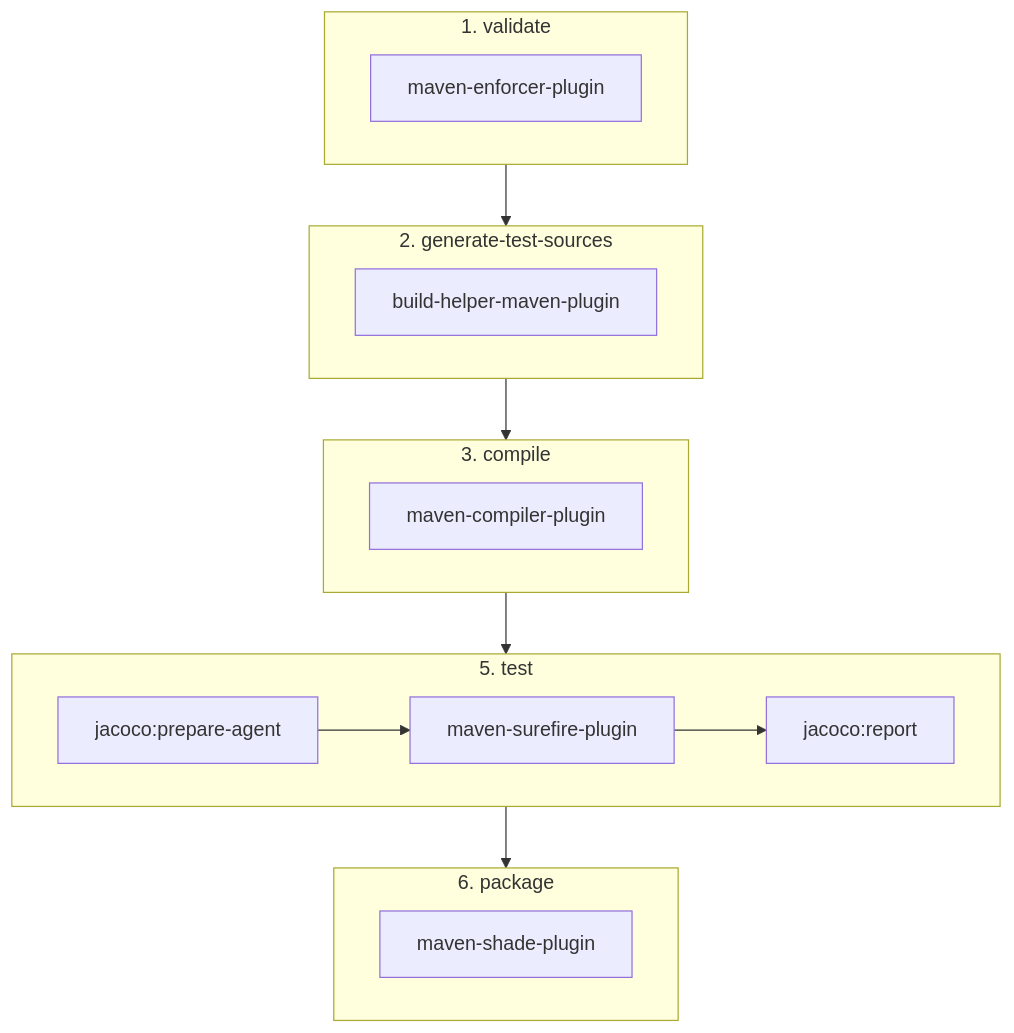
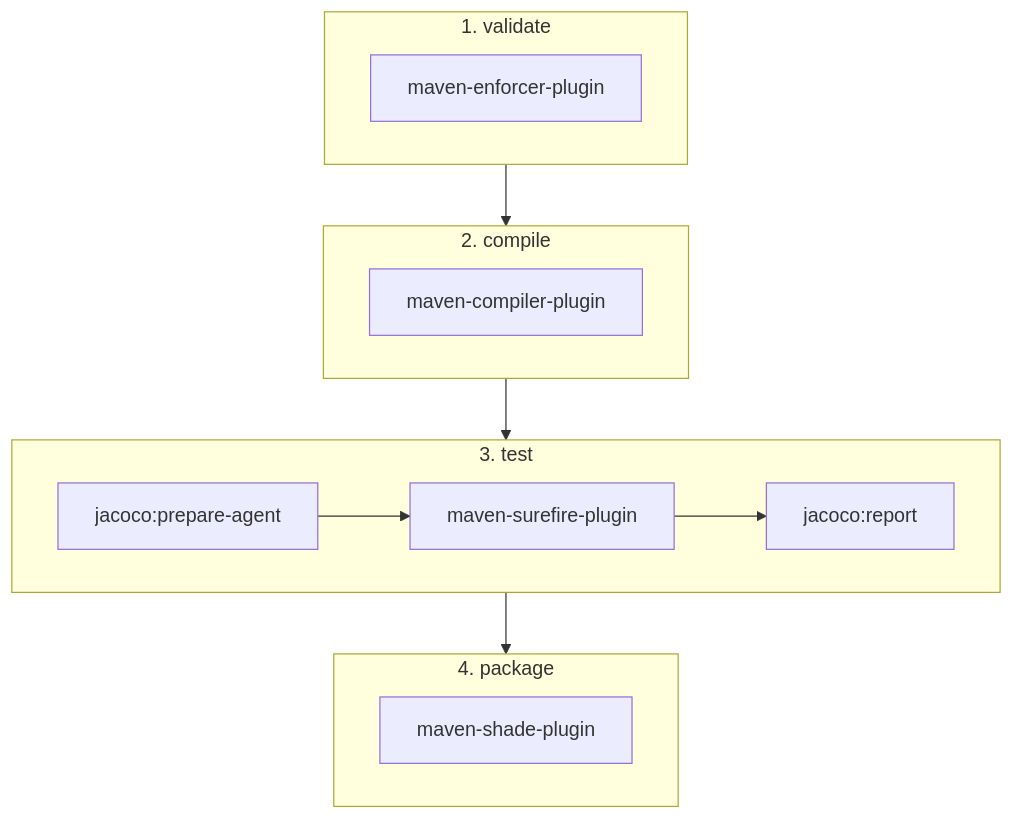
Before and after one commit to FortuneN/kete: the diagram in docs/developer-guide/maven-plugins.md, drawn with Mermaid. The commit also changed other lines of this file and 566 other files, not shown here.

````diff
--- a/docs/developer-guide/maven-plugins.md
+++ b/docs/developer-guide/maven-plugins.md
@@ -45,27 +42,23 @@
 ```mermaid
 flowchart TD
     subgraph V["1. validate"]
         V1["maven-enforcer-plugin"]
     end
 
-    subgraph G["2. generate-test-sources"]
-        G1["build-helper-maven-plugin"]
-    end
-
-    subgraph C["3. compile"]
+    subgraph C["2. compile"]
         C1["maven-compiler-plugin"]
     end
 
-    subgraph T["5. test"]
+    subgraph T["3. test"]
         T1["jacoco:prepare-agent"]
         T2["maven-surefire-plugin"]
         T3["jacoco:report"]
         T1 --> T2 --> T3
     end
 
-    subgraph P["6. package"]
+    subgraph P["4. package"]
         P1["maven-shade-plugin"]
     end
 
-    V --> G --> C --> T --> P
+    V --> C --> T --> P
 ```
````
